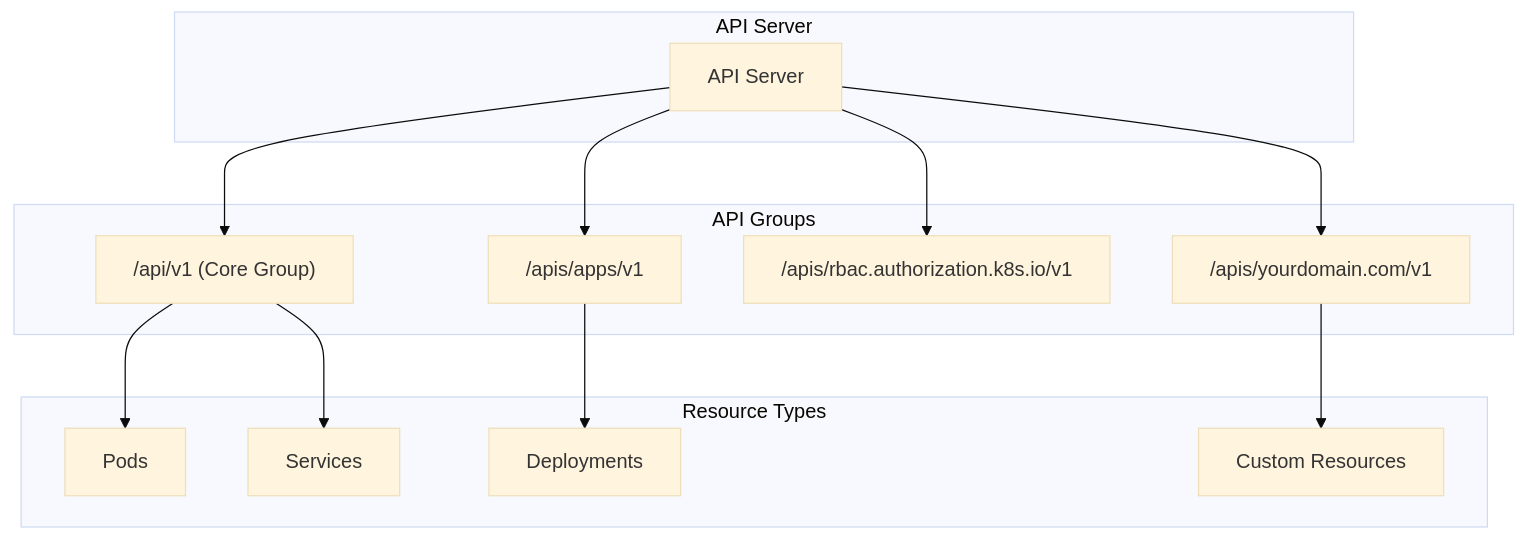
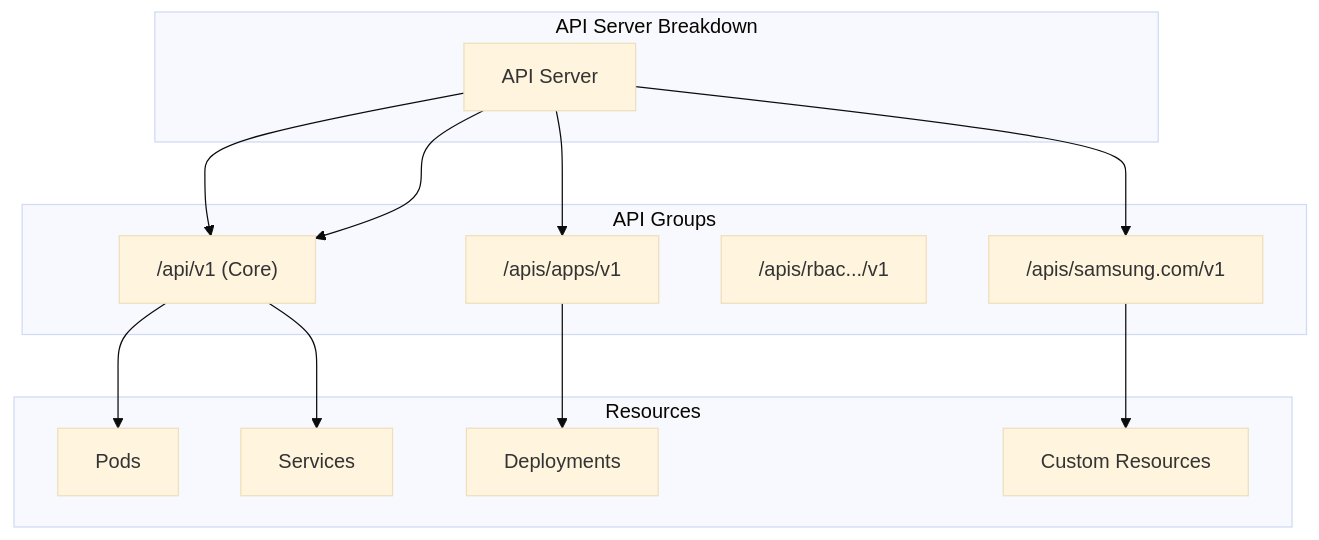
One commit to Zorozephyr/Samsung_SMO changed the first of 3 diagrams in Operators/Notes_2.md. Above: the diagram before and after it, drawn with Mermaid (base theme). The commit also changed other lines of this file and 58 other files, not shown here.

````diff
--- a/Operators/Notes_2.md
+++ b/Operators/Notes_2.md
@@ -90,30 +66,25 @@
 ```mermaid
 graph TB
-    subgraph "API Server"
+    subgraph "API Server Breakdown"
         API[API Server]
     end
     
     subgraph "API Groups"
-        CORE["/api/v1 (Core Group)"]
+        CORE["/api/v1 (Core)"]
         APPS["/apis/apps/v1"]
-        RBAC["/apis/rbac.authorization.k8s.io/v1"]
-        CUSTOM["/apis/yourdomain.com/v1"]
+        RBAC["/apis/rbac.../v1"]
+        CUSTOM["/apis/samsung.com/v1"]
     end
     
-    subgraph "Resource Types"
+    subgraph "Resources"
         PODS[Pods]
         SVC[Services]
         DEPLOY[Deployments]
         CRD[Custom Resources]
     end
     
-    API --> CORE
-    API --> APPS
-    API --> RBAC
-    API --> CUSTOM
-    
-    CORE --> PODS
-    CORE --> SVC
-    APPS --> DEPLOY
-    CUSTOM --> CRD
+    API --> CORE --> PODS
+    API --> CORE --> SVC
+    API --> APPS --> DEPLOY
+    API --> CUSTOM --> CRD
 ```
````
